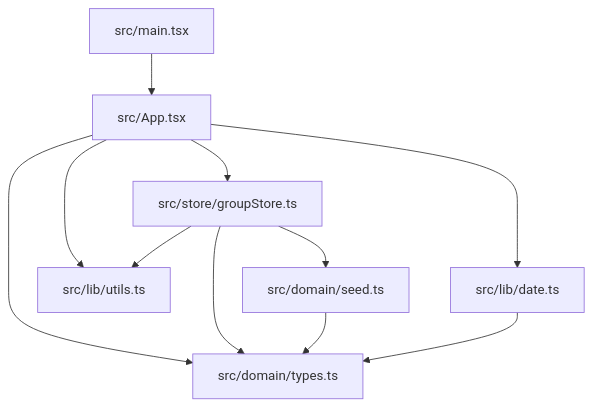
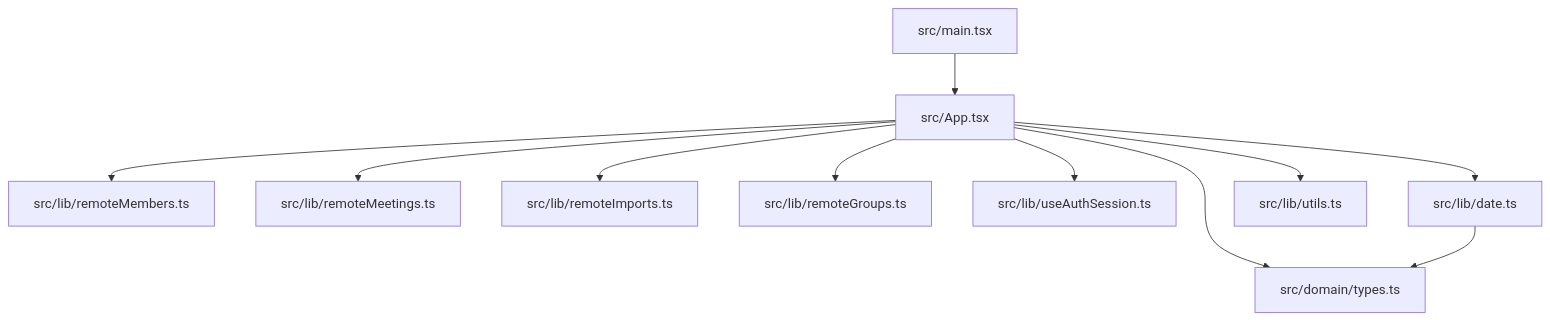
Before and after one commit to andresfccy/followupgc: the diagram in docs/ai/component-graph.md, drawn with Mermaid. The commit also changed other lines of this file and 9 other files, not shown here.

Commit message:
feat: add Firebase remote meetings

````diff
--- a/docs/ai/component-graph.md
+++ b/docs/ai/component-graph.md
@@ -3,13 +3,13 @@
 ```mermaid
 flowchart TD
   main[src/main.tsx] --> app[src/App.tsx]
-  app --> store[src/store/groupStore.ts]
+  app --> remoteMembers[src/lib/remoteMembers.ts]
+  app --> remoteMeetings[src/lib/remoteMeetings.ts]
+  app --> remoteImports[src/lib/remoteImports.ts]
+  app --> remoteGroups[src/lib/remoteGroups.ts]
+  app --> auth[src/lib/useAuthSession.ts]
   app --> types[src/domain/types.ts]
   app --> date[src/lib/date.ts]
   app --> utils[src/lib/utils.ts]
-  store --> seed[src/domain/seed.ts]
-  store --> types
-  store --> utils
-  seed --> types
   date --> types
 ```
````
